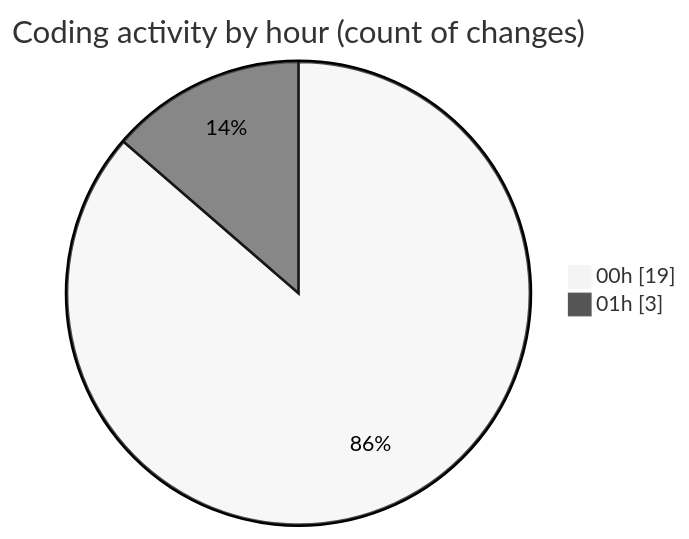
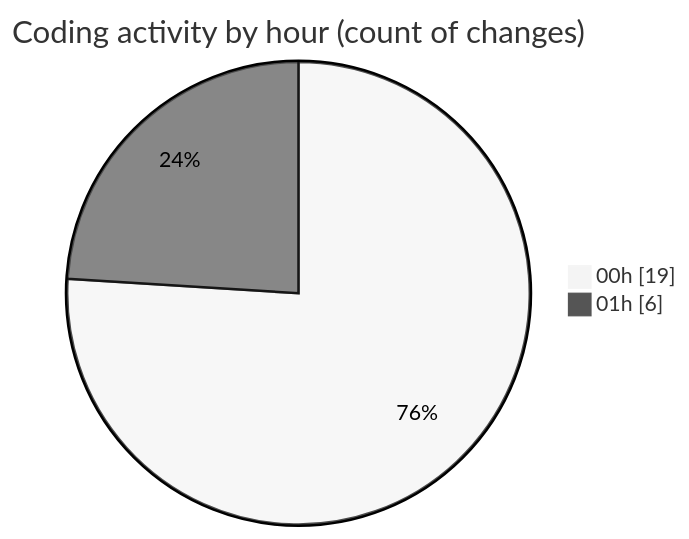
One commit to hasnaa123/code-tracking changed the second of 2 diagrams in 2025-12-11/technologie_web/README.md. Above: the diagram before and after it, drawn with Mermaid (neutral theme). The commit also changed other lines of this file and 1 other file, not shown here.

````diff
--- a/2025-12-11/technologie_web/README.md
+++ b/2025-12-11/technologie_web/README.md
@@ -33,6 +33,6 @@
 ```mermaid
 pie showData
 title Coding activity by hour (count of changes)
 "00h" : 19
-"01h" : 3
+"01h" : 6
 ```
````
